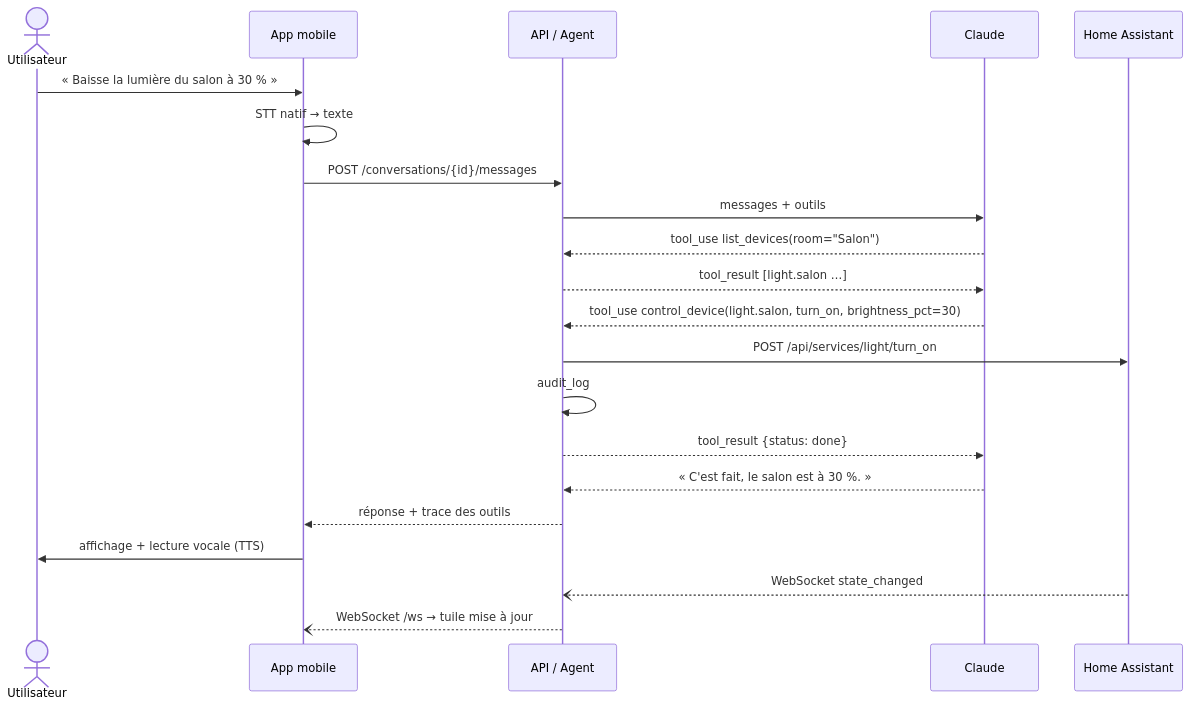
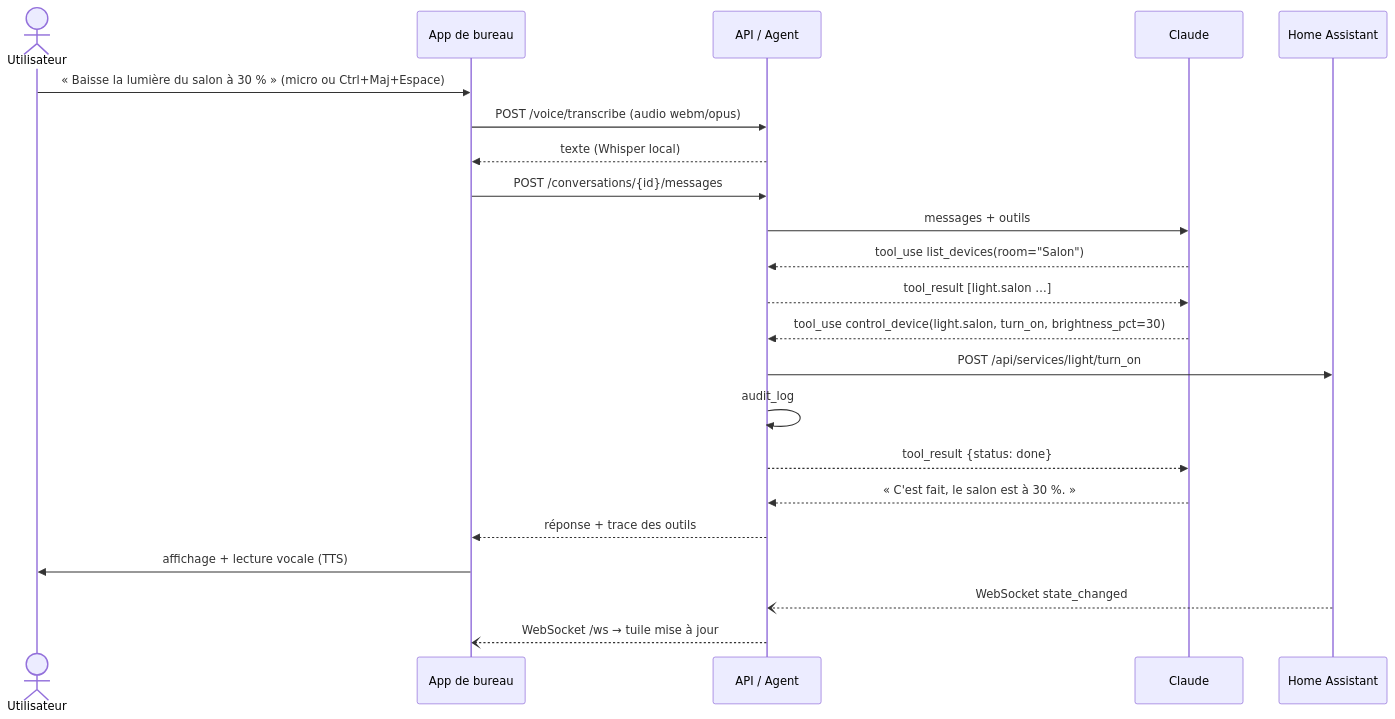
The second of 3 diagrams in docs/ARCHITECTURE.md (avaury70-cell/aide-ia-), drawn with Mermaid before and after one commit. The commit also changed other lines of this file and 82 other files, not shown here.

````diff
--- a/docs/ARCHITECTURE.md
+++ b/docs/ARCHITECTURE.md
@@ -178,23 +201,24 @@
 ```mermaid
 sequenceDiagram
     actor U as Utilisateur
-    participant M as App mobile
+    participant M as App de bureau
     participant A as API / Agent
     participant C as Claude
     participant H as Home Assistant
-    U->>M: « Baisse la lumière du salon à 30 % »
-    M->>M: STT natif → texte
+    U->>M: « Baisse la lumière du salon à 30 % » (micro ou Ctrl+Maj+Espace)
+    M->>A: POST /voice/transcribe (audio webm/opus)
+    A-->>M: texte (Whisper local)
     M->>A: POST /conversations/{id}/messages
     A->>C: messages + outils
     C-->>A: tool_use list_devices(room="Salon")
     A-->>C: tool_result [light.salon …]
     C-->>A: tool_use control_device(light.salon, turn_on, brightness_pct=30)
     A->>H: POST /api/services/light/turn_on
     A->>A: audit_log
     A-->>C: tool_result {status: done}
     C-->>A: « C'est fait, le salon est à 30 %. »
     A-->>M: réponse + trace des outils
     M->>U: affichage + lecture vocale (TTS)
     H--)A: WebSocket state_changed
     A--)M: WebSocket /ws → tuile mise à jour
 ```
````
